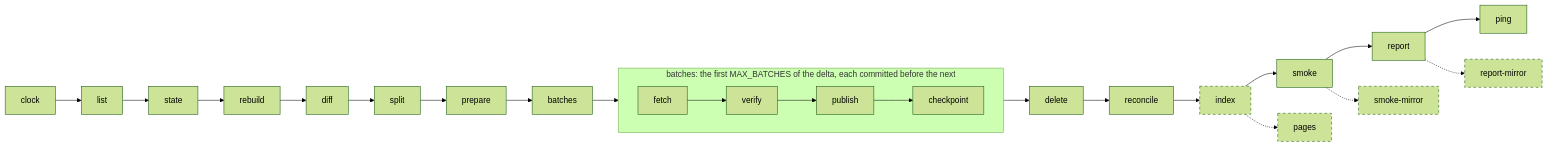
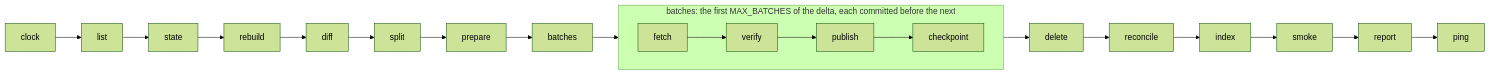
One commit to katoptra/ctan changed the diagram in README.md. Above: the diagram before and after it, drawn with Mermaid (forest theme). The commit also changed other lines of this file and 10 other files, not shown here.

````diff
--- a/README.md
+++ b/README.md
@@ -55,14 +55,9 @@
 ```mermaid
 flowchart LR
   clock --> list --> state --> rebuild --> diff --> split --> prepare --> batches
   subgraph b["batches: the first MAX_BATCHES of the delta, each committed before the next"]
     direction LR
     fetch --> verify --> publish --> checkpoint
   end
   batches --> b --> delete --> reconcile --> index --> smoke --> report --> ping
-  index -.-> pages["pages"]
-  smoke -.-> sm["smoke-mirror"]
-  report -.-> rm["report-mirror"]
-  classDef own stroke-dasharray: 5 5
-  class pages,sm,rm,index own
 ```
````
